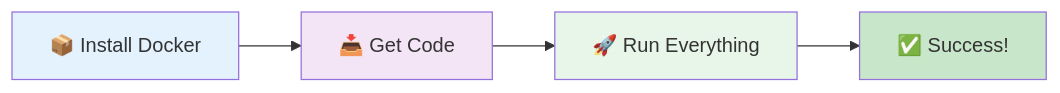
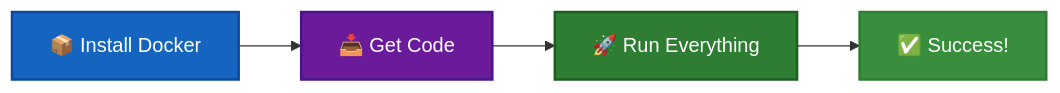
The first of 3 diagrams in docker/README.md (zopiolabs/zopio), drawn with Mermaid before and after one commit. The commit also changed other lines of this file, not shown here.

Commit message:
style: enhance mermaid diagrams with high contrast colors

````diff
--- a/docker/README.md
+++ b/docker/README.md
@@ -109,8 +109,8 @@
 ```mermaid
 graph LR
     A["📦 Install Docker"] --> B["📥 Get Code"] --> C["🚀 Run Everything"] --> D["✅ Success!"]
-    style A fill:#e3f2fd
-    style B fill:#f3e5f5
-    style C fill:#e8f5e9
-    style D fill:#c8e6c9
+    style A fill:#1565C0,stroke:#0D47A1,stroke-width:2px,color:#fff
+    style B fill:#6A1B9A,stroke:#4A148C,stroke-width:2px,color:#fff
+    style C fill:#2E7D32,stroke:#1B5E20,stroke-width:2px,color:#fff
+    style D fill:#388E3C,stroke:#2E7D32,stroke-width:2px,color:#fff
 ```
````
